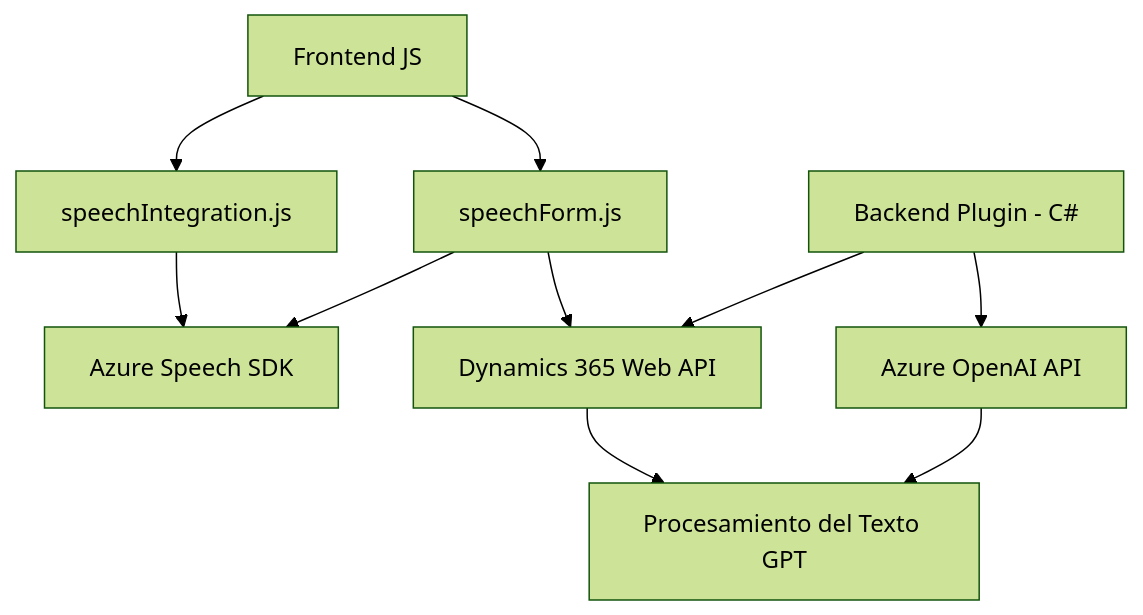
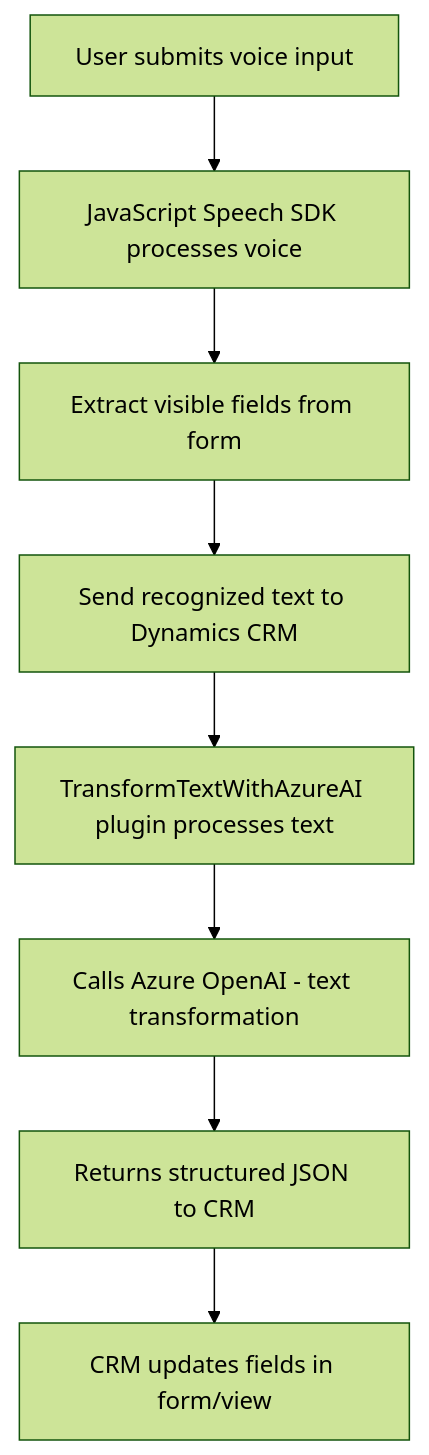
Before and after one commit to blopezdm/NETCORE_BILBAO2025: the diagram in README.md, drawn with Mermaid (forest theme). The commit also changed other lines of this file, not shown here.

````diff
--- a/README.md
+++ b/README.md
@@ -41,16 +37,19 @@
 ```mermaid
 graph TD
-    A["Frontend JS"] --> B["speechIntegration.js"]
-    A --> C["speechForm.js"]
+    A["User submits voice input"]
+    B["JavaScript Speech SDK processes voice"]
+    C["Extract visible fields from form"]
+    D["Send recognized text to Dynamics CRM"]
+    E["TransformTextWithAzureAI plugin processes text"]
+    F["Calls Azure OpenAI - text transformation"]
+    G["Returns structured JSON to CRM"]
+    H["CRM updates fields in form/view"]
 
-    B --> D["Azure Speech SDK"]
+    A --> B
+    B --> C
     C --> D
-
-    C --> E["Dynamics 365 Web API"]
-
-    F["Backend Plugin - C#"] --> E
-    F --> G["Azure OpenAI API"]
-    G --> H["Procesamiento del Texto GPT"]
-
-    E --> H
+    D --> E
+    E --> F
+    F --> G
+    G --> H
 ```
````
